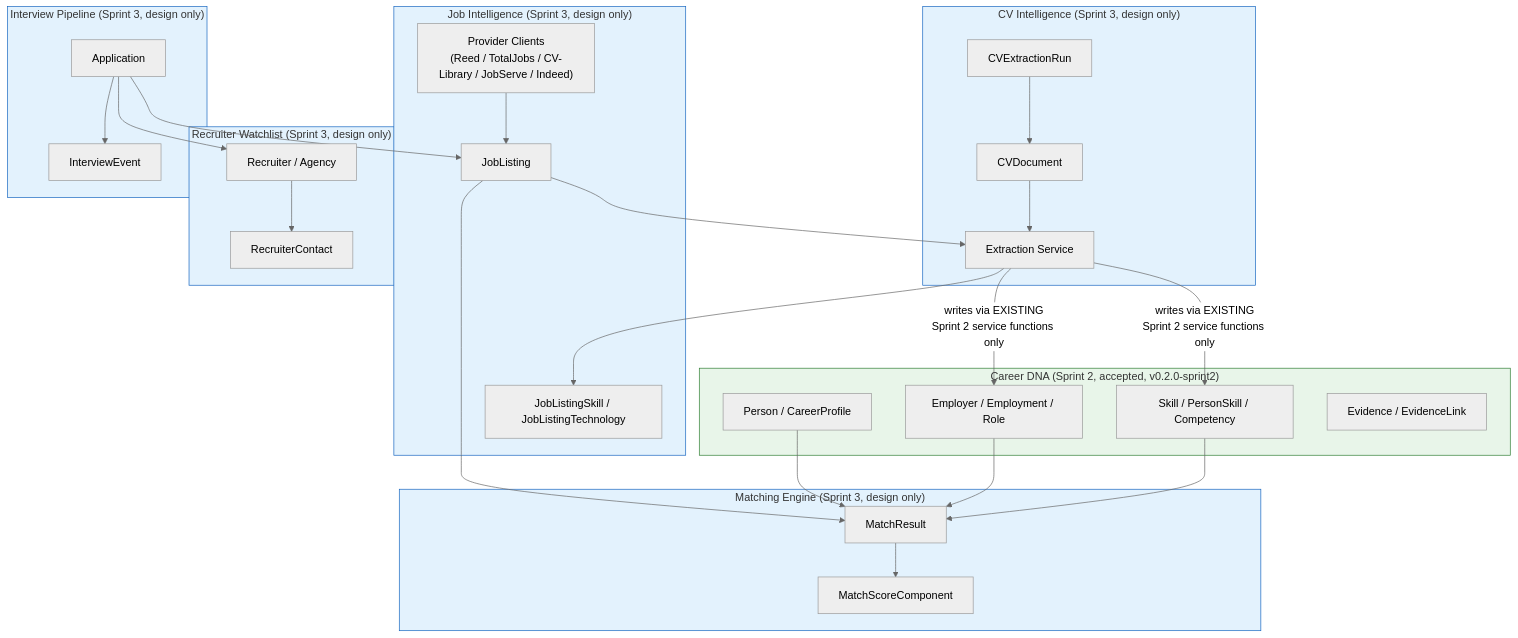
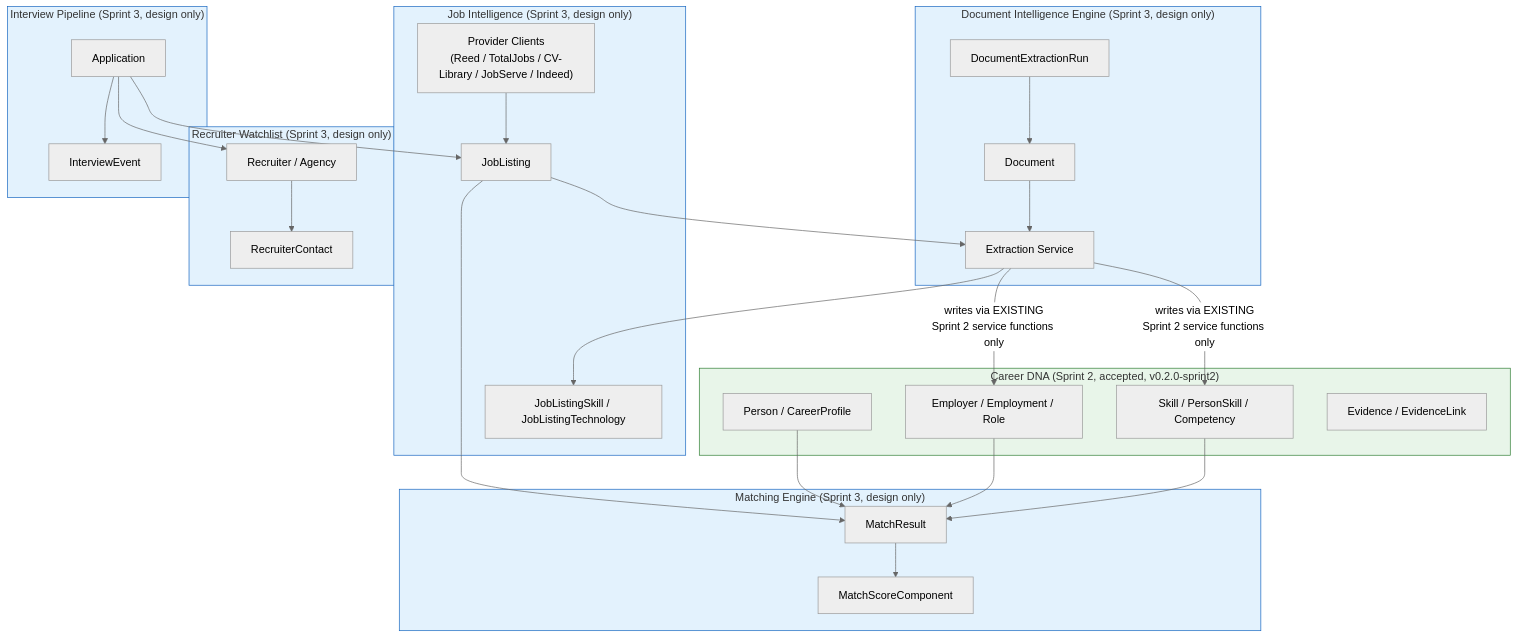
Before and after one commit to abilincoln1/orion-careeros: the diagram in docs/diagrams/sprint3-job-intelligence-architecture.mmd, drawn with Mermaid (neutral theme). The commit also changed 9 other files, not shown here.

Commit message:
Document Intelligence Engine: architecture, provider interface, extraction model, API spec, sequence diagram, test strategy, ADR 0006 (design only, no implementation)

```diff
--- a/docs/diagrams/sprint3-job-intelligence-architecture.mmd
+++ b/docs/diagrams/sprint3-job-intelligence-architecture.mmd
@@ -1,61 +1,61 @@
 flowchart TD
     subgraph Sprint2["Career DNA (Sprint 2, accepted, v0.2.0-sprint2)"]
         Person[Person / CareerProfile]
         Employment[Employer / Employment / Role]
         Skill[Skill / PersonSkill / Competency]
         Evidence[Evidence / EvidenceLink]
     end
 
-    subgraph CVI["CV Intelligence (Sprint 3, design only)"]
-        CVDoc[CVDocument]
-        CVRun[CVExtractionRun]
+    subgraph CVI["Document Intelligence Engine (Sprint 3, design only)"]
+        CVDoc[Document]
+        CVRun[DocumentExtractionRun]
         Extractor[Extraction Service]
     end
 
     subgraph JI["Job Intelligence (Sprint 3, design only)"]
         Providers["Provider Clients\n(Reed / TotalJobs / CV-Library / JobServe / Indeed)"]
         JobListing[JobListing]
         JobSkill[JobListingSkill / JobListingTechnology]
     end
 
     subgraph ME["Matching Engine (Sprint 3, design only)"]
         MatchResult[MatchResult]
         MatchComponent[MatchScoreComponent]
     end
 
     subgraph RW["Recruiter Watchlist (Sprint 3, design only)"]
         Recruiter[Recruiter / Agency]
         Contact[RecruiterContact]
     end
 
     subgraph IP["Interview Pipeline (Sprint 3, design only)"]
         Application[Application]
         InterviewEvent[InterviewEvent]
     end
 
     CVDoc --> Extractor
     Extractor -->|"writes via EXISTING\nSprint 2 service functions only"| Skill
     Extractor -->|"writes via EXISTING\nSprint 2 service functions only"| Employment
     CVRun --> CVDoc
 
     Providers --> JobListing
     JobListing --> Extractor
     Extractor --> JobSkill
 
     Person --> MatchResult
     Skill --> MatchResult
     Employment --> MatchResult
     JobListing --> MatchResult
     MatchResult --> MatchComponent
 
     Application --> JobListing
     Application --> Recruiter
     Application --> InterviewEvent
     Recruiter --> Contact
 
     style Sprint2 fill:#e8f5e9,stroke:#2e7d32
     style CVI fill:#e3f2fd,stroke:#1565c0
     style JI fill:#e3f2fd,stroke:#1565c0
     style ME fill:#e3f2fd,stroke:#1565c0
     style RW fill:#e3f2fd,stroke:#1565c0
     style IP fill:#e3f2fd,stroke:#1565c0
```
